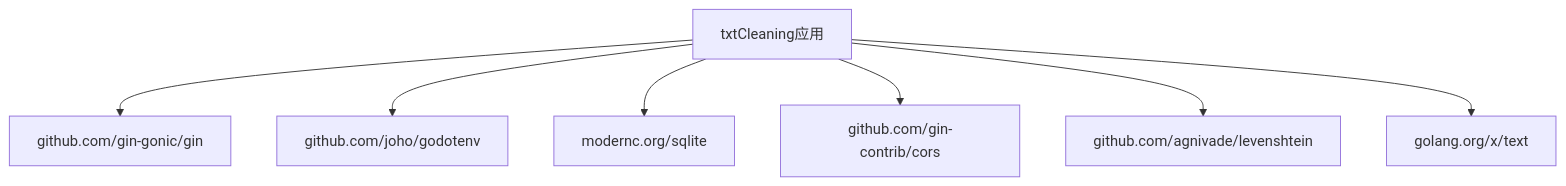
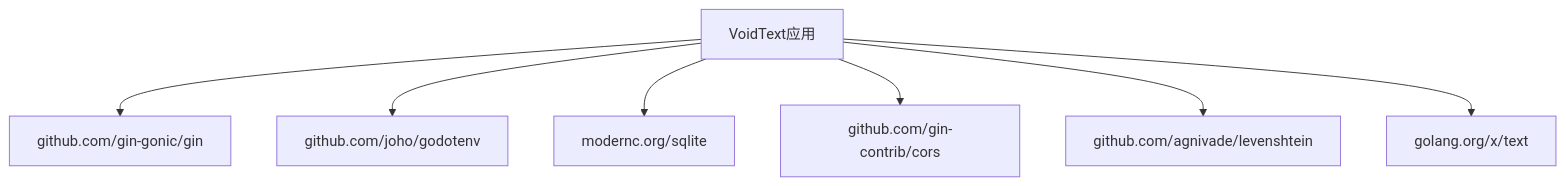
One commit to handy-h/VoidText changed the third of 3 diagrams in repowikis/部署和运维/监控告警.md. Above: the diagram before and after it, drawn with Mermaid. The commit also changed other lines of this file and 101 other files, not shown here.

````diff
--- a/repowikis/部署和运维/监控告警.md
+++ b/repowikis/部署和运维/监控告警.md
@@ -244,9 +244,9 @@
 ```mermaid
 graph TB
-App["txtCleaning应用"] --> Gin["github.com/gin-gonic/gin"]
+App["VoidText应用"] --> Gin["github.com/gin-gonic/gin"]
 App --> DotEnv["github.com/joho/godotenv"]
 App --> SQLite["modernc.org/sqlite"]
 App --> CORS["github.com/gin-contrib/cors"]
 App --> Levenshtein["github.com/agnivade/levenshtein"]
 App --> Text["golang.org/x/text"]
 ```
````
